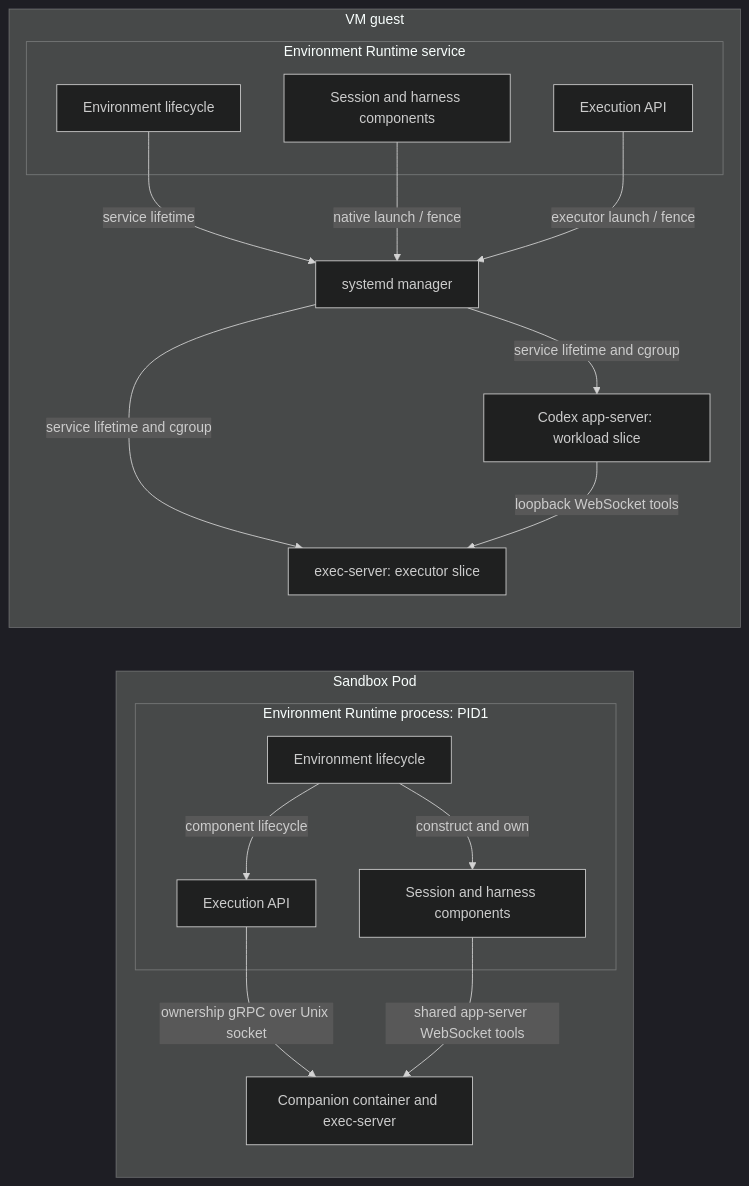
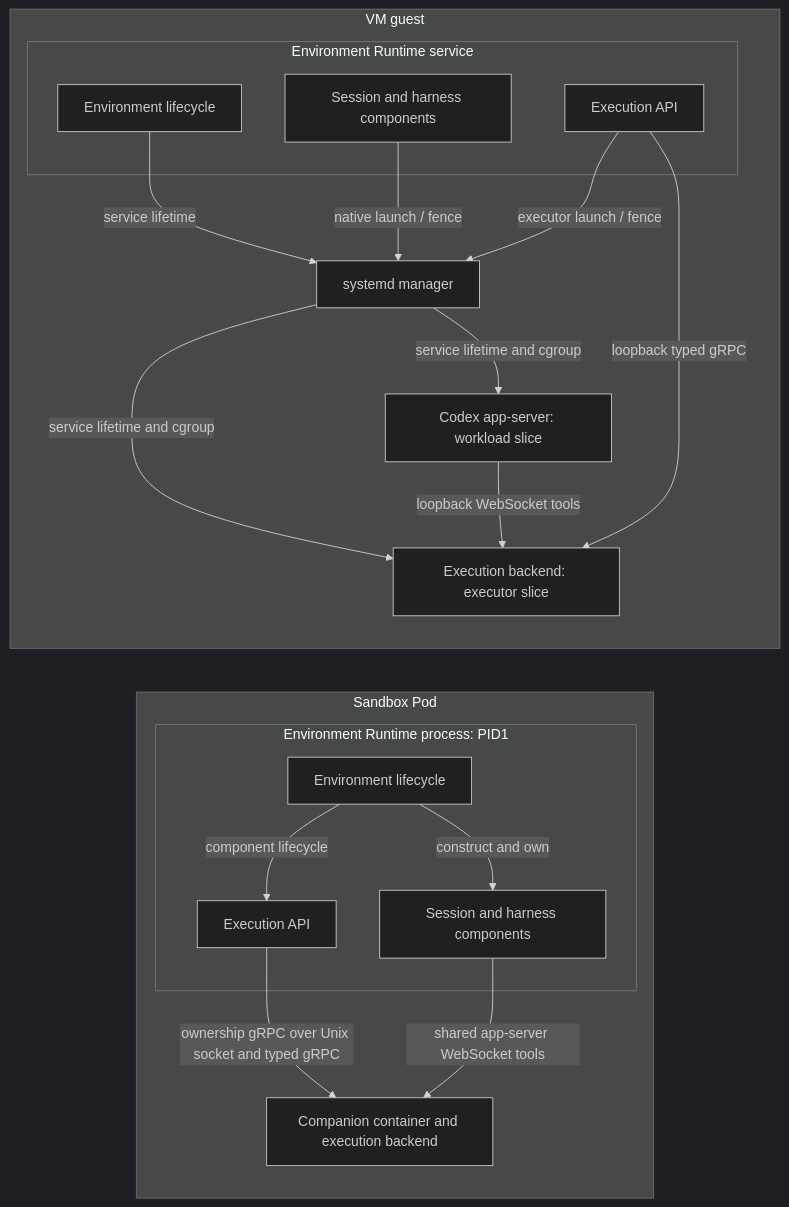
One commit to agentydragon/ducktape changed the eighth of 18 diagrams in agentplane/docs/system_overview.md. Above: the diagram before and after it, drawn with Mermaid (dark theme). The commit also changed other lines of this file and 64 other files, not shown here.

Commit message:
Replace Codex exec-server with native execution backend

````diff
--- a/agentplane/docs/system_overview.md
+++ b/agentplane/docs/system_overview.md
@@ -532,31 +533,32 @@
 ```mermaid
 flowchart LR
     subgraph pod[Sandbox Pod]
         subgraph pod_runtime[Environment Runtime process: PID1]
           runtime[Environment lifecycle]
           host[Session and harness components]
           execution[Execution API]
         end
-        exec[Companion container and exec-server]
+        exec[Companion container and execution backend]
         runtime -->|construct and own| host
         runtime -->|component lifecycle| execution
-        execution -->|ownership gRPC over Unix socket| exec
+        execution -->|ownership gRPC over Unix socket and typed gRPC| exec
         host -->|shared app-server WebSocket tools| exec
     end
     subgraph vm[VM guest]
         subgraph vm_runtime[Environment Runtime service]
           vmruntime[Environment lifecycle]
           vmhost[Session and harness components]
           vmexecution[Execution API]
         end
         manager[systemd manager]
         harness[Codex app-server: workload slice]
-        vmexec[exec-server: executor slice]
+        vmexec[Execution backend: executor slice]
         vmruntime -->|service lifetime| manager
         vmhost -->|native launch / fence| manager
         vmexecution -->|executor launch / fence| manager
         manager -->|service lifetime and cgroup| vmexec
+        vmexecution -->|loopback typed gRPC| vmexec
         manager -->|service lifetime and cgroup| harness
         harness -->|loopback WebSocket tools| vmexec
     end
 ```
````
